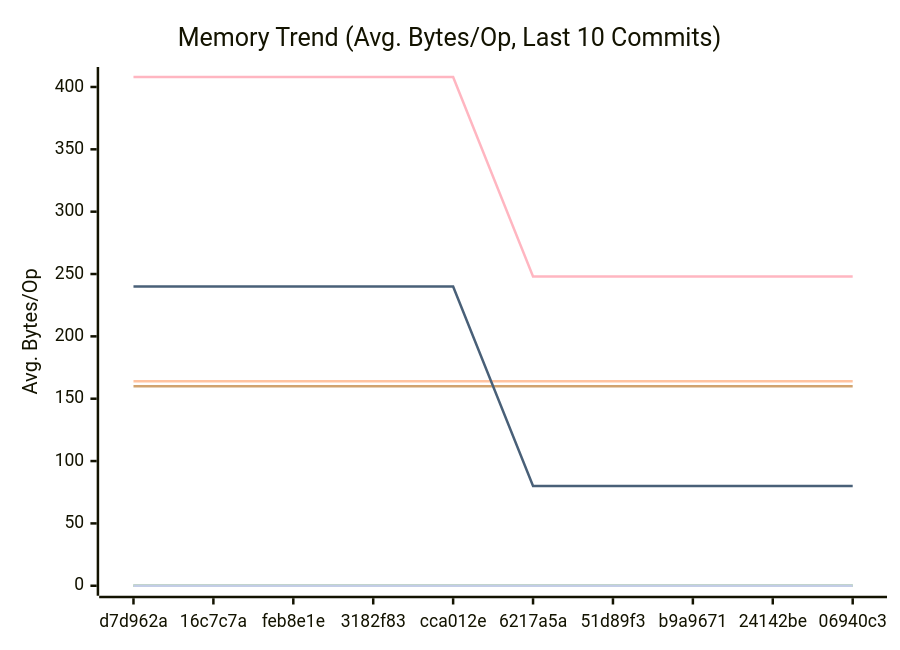
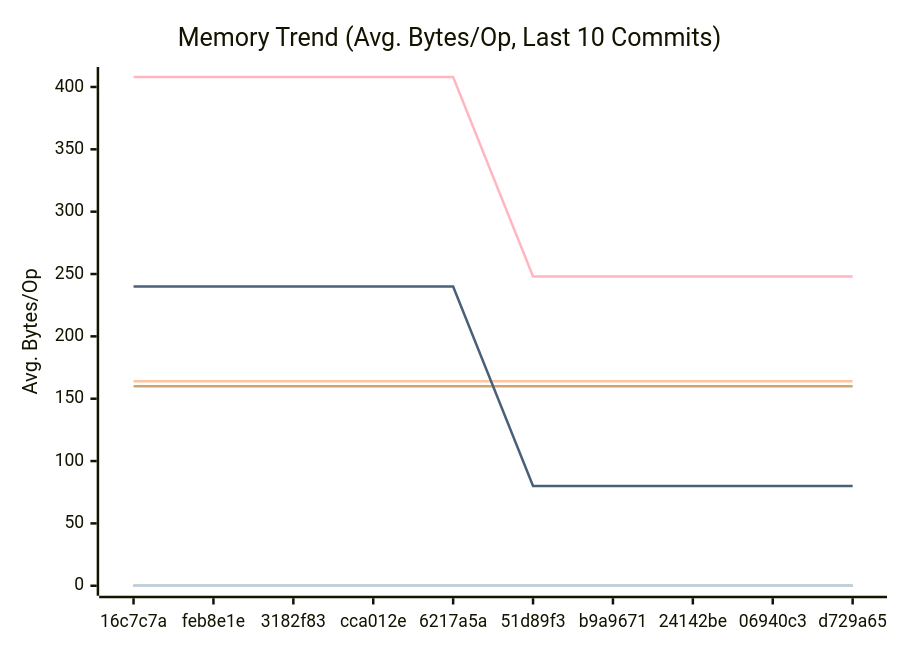
One commit to alsotoes/momo changed the second of 3 diagrams in docs/PERFORMANCE.md. Above: the diagram before and after it, drawn with Mermaid. The commit also changed other lines of this file and 10 other files, not shown here.

````diff
--- a/docs/PERFORMANCE.md
+++ b/docs/PERFORMANCE.md
@@ -97,16 +97,16 @@
 ```mermaid
 xychart-beta
     title "Memory Trend (Avg. Bytes/Op, Last 10 Commits)"
     x-axis "Commit"
     y-axis "Avg. Bytes/Op"
-    x-axis [d7d962a,16c7c7a,feb8e1e,3182f83,cca012e,6217a5a,51d89f3,b9a9671,24142be,06940c3]
+    x-axis [16c7c7a,feb8e1e,3182f83,cca012e,6217a5a,51d89f3,b9a9671,24142be,06940c3,d729a65]
     line "CheckMetricsAndSwap" [0,0,0,0,0,0,0,0,0,0]
     line "CrushOptimized" [0,0,0,0,0,0,0,0,0,0]
     line "CrushOriginal" [164,164,164,164,164,164,164,164,164,164]
     line "IndexDirectTracking" [0,0,0,0,0,0,0,0,0,0]
     line "IndexSearch" [0,0,0,0,0,0,0,0,0,0]
     line "LoadGlobalConfig" [160,160,160,160,160,160,160,160,160,160]
     line "PadString" [0,0,0,0,0,0,0,0,0,0]
     line "ParseReplicationOrder_NoPrealloc" [408,408,408,408,408,248,248,248,248,248]
     line "ParseReplicationOrder_Prealloc" [240,240,240,240,240,80,80,80,80,80]
 ```
````
